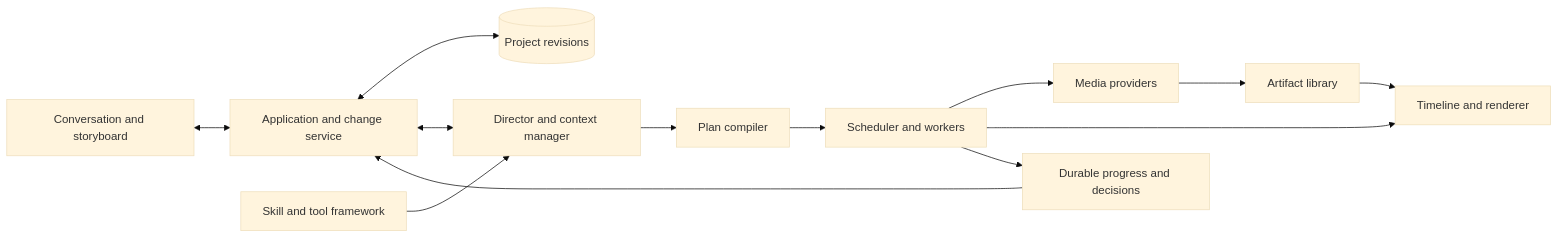
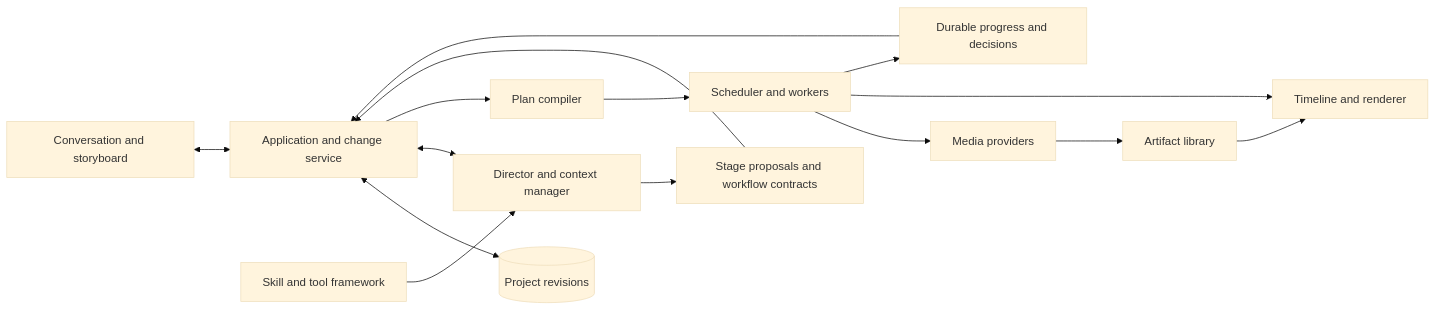
The first of 4 diagrams in docs/design/COMPONENT-DESIGN.md (Michael-Ma/OpenSlate), drawn with Mermaid (base theme) before and after one commit. The commit also changed other lines of this file and 20 other files, not shown here.

Commit message:
Define production workflow contracts and implementation plan

````diff
--- a/docs/design/COMPONENT-DESIGN.md
+++ b/docs/design/COMPONENT-DESIGN.md
@@ -12,15 +12,17 @@
 ```mermaid
 flowchart LR
     UI[Conversation and storyboard] <--> App[Application and change service]
     App <--> Store[(Project revisions)]
     App <--> Agent[Director and context manager]
     Framework[Skill and tool framework] --> Agent
-    Agent --> Compiler[Plan compiler]
+    Agent --> Workflow[Stage proposals and workflow contracts]
+    Workflow --> App
+    App --> Compiler[Plan compiler]
     Compiler --> Runner[Scheduler and workers]
     Runner --> Providers[Media providers]
     Runner --> Timeline[Timeline and renderer]
     Providers --> Assets[Artifact library]
     Assets --> Timeline
     Runner --> Progress[Durable progress and decisions]
     Progress --> App
 ```
````
